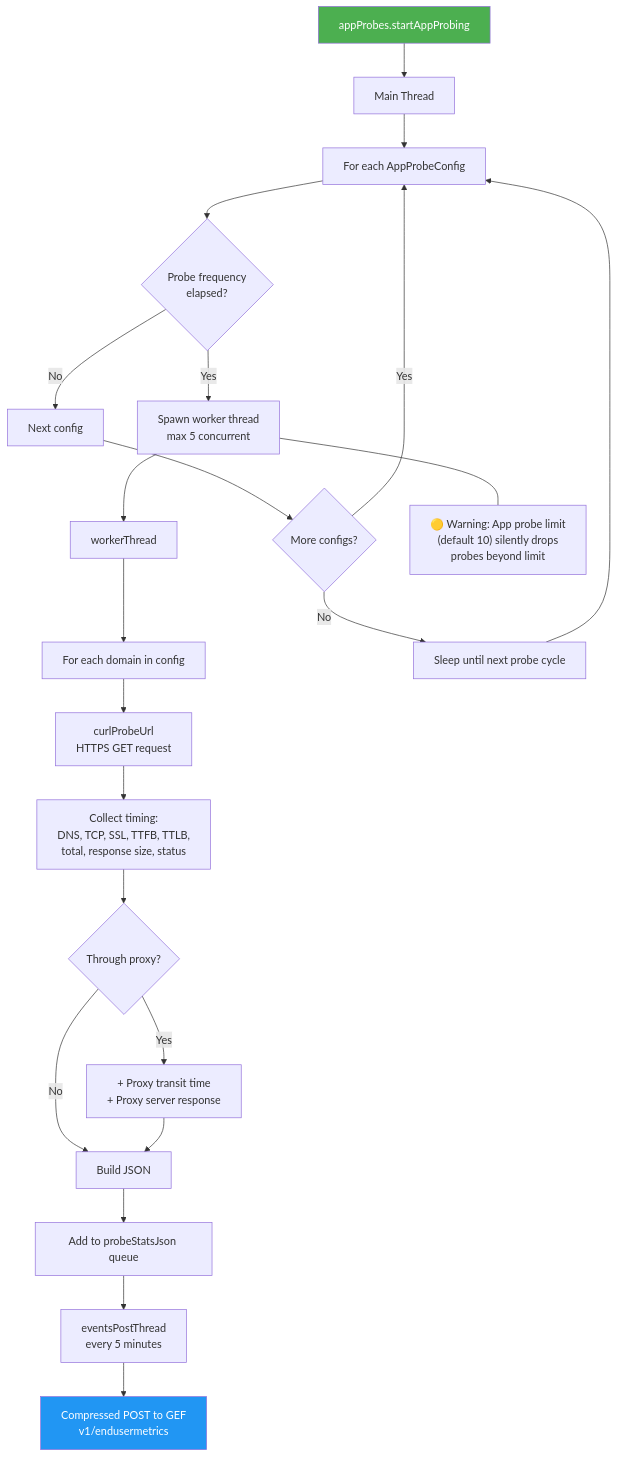
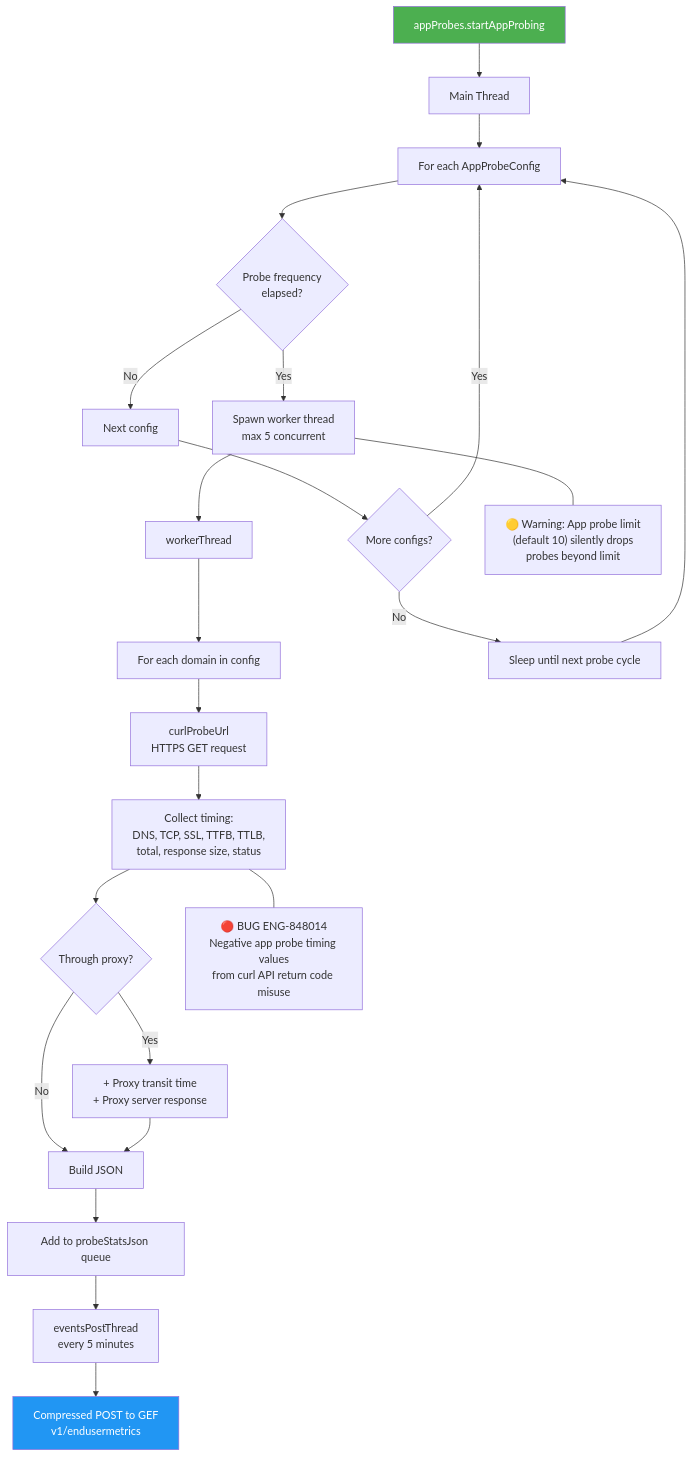
Before and after one commit to ns-klin/endpoint_system_test_plan: the fifth of 14 diagrams in chapters/16_dem.md, drawn with Mermaid. The commit also changed other lines of this file and 26 other files, not shown here.

First line of the commit message:
Add 87 bugs from Excel enrichment and integrate into mermaid diagrams

````diff
--- a/chapters/16_dem.md
+++ b/chapters/16_dem.md
@@ -266,35 +293,39 @@
 ```mermaid
 flowchart TD
     START["appProbes.startAppProbing"] --> MAIN["Main Thread"]
     MAIN --> LOOP["For each AppProbeConfig"]
     LOOP --> CHECK{Probe frequency<br/>elapsed?}
     CHECK -->|No| NEXT["Next config"]
     CHECK -->|Yes| SPAWN["Spawn worker thread<br/>max 5 concurrent"]
 
     SPAWN --> WORKER["workerThread"]
     WORKER --> DOMAIN["For each domain in config"]
     DOMAIN --> CURL["curlProbeUrl<br/>HTTPS GET request"]
 
     CURL --> TIMING["Collect timing:<br/>DNS, TCP, SSL, TTFB, TTLB,<br/>total, response size, status"]
 
     TIMING --> PROXY{Through proxy?}
     PROXY -->|Yes| PROXYDATA["+ Proxy transit time<br/>+ Proxy server response"]
     PROXY -->|No| JSONBUILD["Build JSON"]
     PROXYDATA --> JSONBUILD
 
     JSONBUILD --> QUEUE["Add to probeStatsJson queue"]
     QUEUE --> POSTTHREAD["eventsPostThread<br/>every 5 minutes"]
     POSTTHREAD --> POST["Compressed POST to GEF<br/>v1/endusermetrics"]
 
     NEXT --> MORE{More configs?}
     MORE -->|Yes| LOOP
     MORE -->|No| SLEEP["Sleep until next probe cycle"]
     SLEEP --> LOOP
 
+    BUG_848014["🔴 BUG ENG-848014<br/>Negative app probe timing values<br/>from curl API return code misuse"]
+
+    TIMING --- BUG_848014
+
     RISK_LIMIT["🟡 Warning: App probe limit<br/>(default 10) silently drops<br/>probes beyond limit"]
 
     SPAWN --- RISK_LIMIT
 
     style START fill:#4CAF50,color:#fff
     style POST fill:#2196F3,color:#fff
 ```
````
